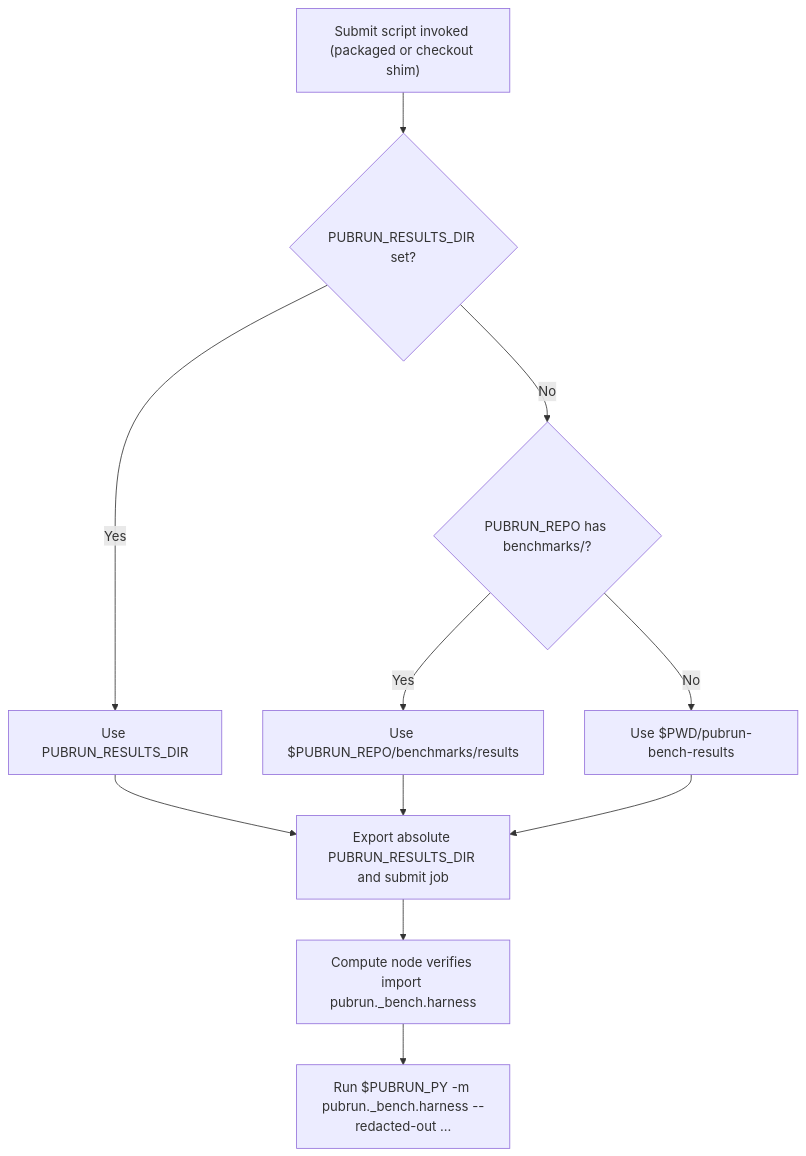
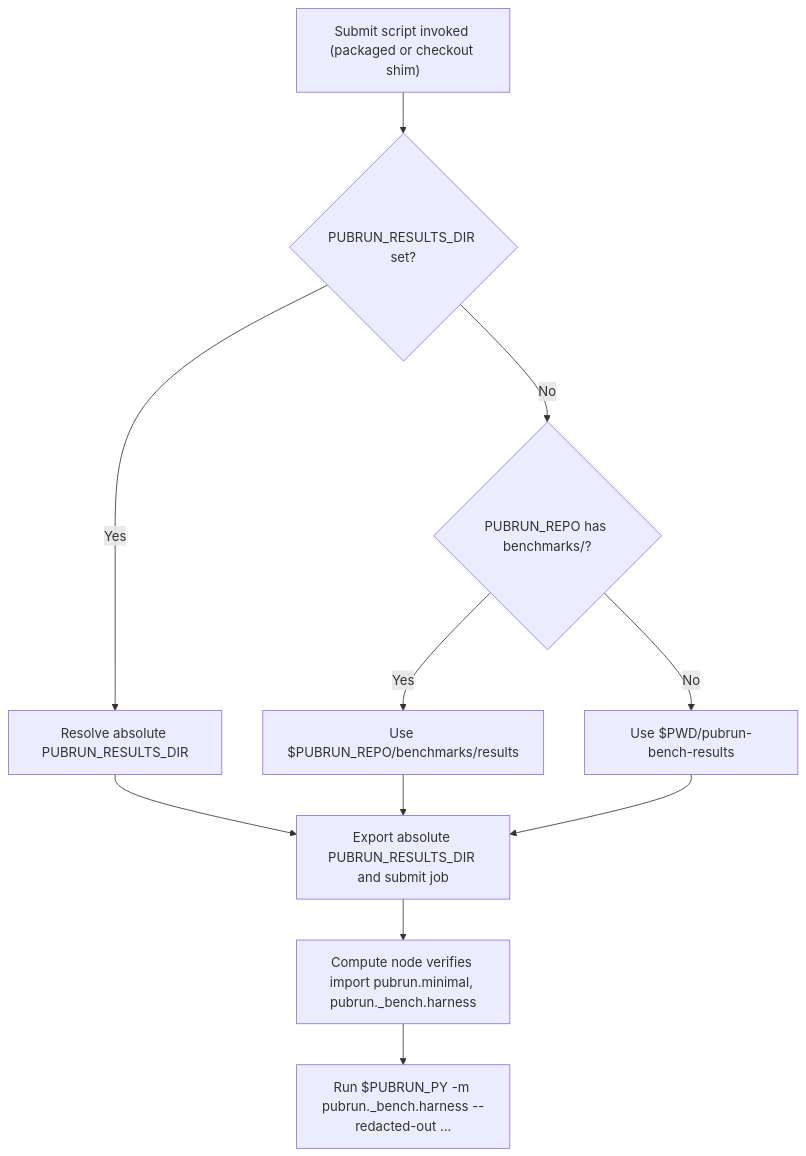
Before and after one commit to fariello/pubrun: the diagram in .aw/records/plans/pending/20261127-bej1qz-02-c1zz3x-package-hpc-submission-scripts-and-checkout-shims.ipd.md, drawn with Mermaid. The commit also changed other lines of this file and 1 other file, not shown here.

````diff
--- a/.aw/records/plans/pending/20261127-bej1qz-02-c1zz3x-package-hpc-submission-scripts-and-checkout-shims.ipd.md
+++ b/.aw/records/plans/pending/20261127-bej1qz-02-c1zz3x-package-hpc-submission-scripts-and-checkout-shims.ipd.md
@@ -36,13 +39,13 @@
 ```mermaid
 flowchart TD
     START["Submit script invoked (packaged or checkout shim)"] --> HAS_ENV{"PUBRUN_RESULTS_DIR set?"}
-    HAS_ENV -->|Yes| USE_ENV["Use PUBRUN_RESULTS_DIR"]
+    HAS_ENV -->|Yes| USE_ENV["Resolve absolute PUBRUN_RESULTS_DIR"]
     HAS_ENV -->|No| HAS_REPO{"PUBRUN_REPO has benchmarks/?"}
     HAS_REPO -->|Yes| USE_REPO["Use $PUBRUN_REPO/benchmarks/results"]
     HAS_REPO -->|No| USE_CWD["Use $PWD/pubrun-bench-results"]
     USE_ENV --> EXPORT["Export absolute PUBRUN_RESULTS_DIR and submit job"]
     USE_REPO --> EXPORT
     USE_CWD --> EXPORT
-    EXPORT --> NODE["Compute node verifies import pubrun._bench.harness"]
+    EXPORT --> NODE["Compute node verifies import pubrun.minimal, pubrun._bench.harness"]
     NODE --> RUN["Run $PUBRUN_PY -m pubrun._bench.harness --redacted-out ..."]
 ```
````
